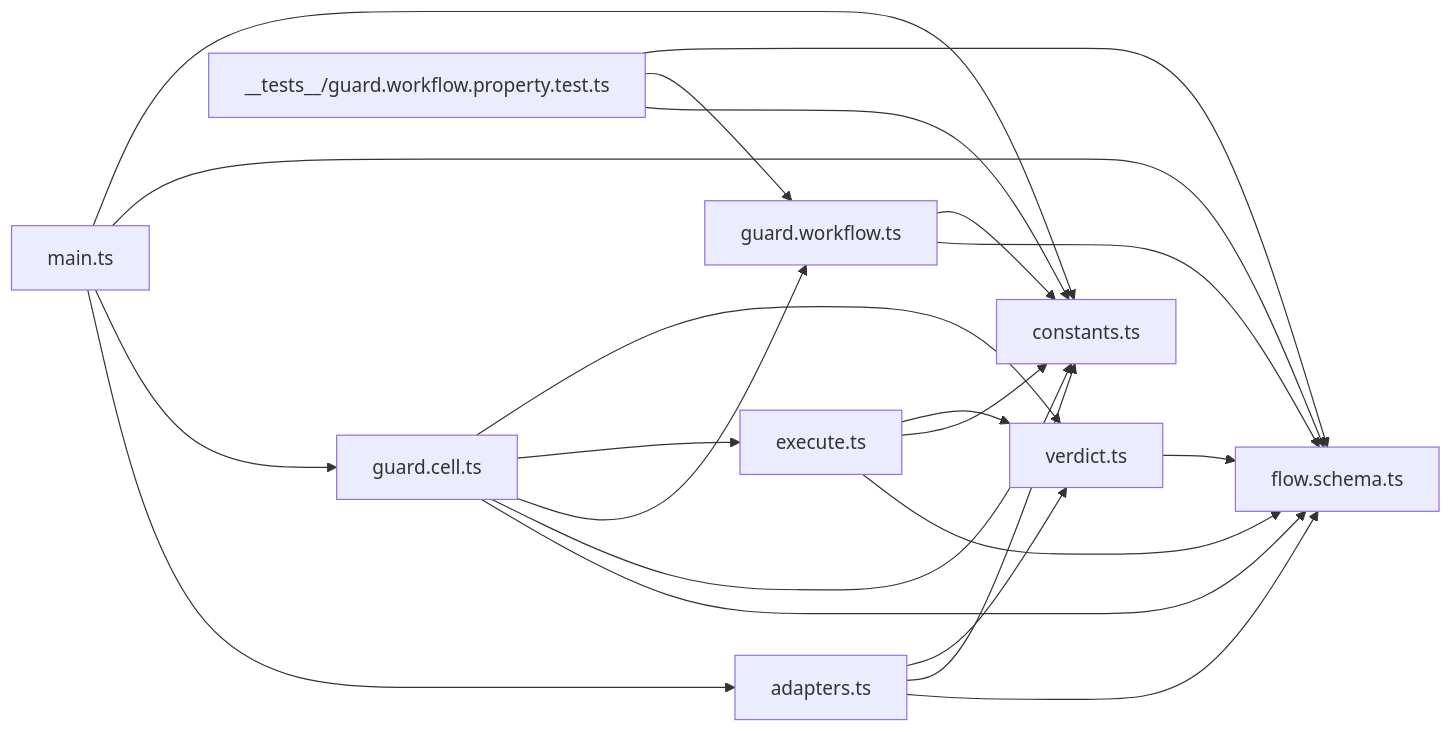
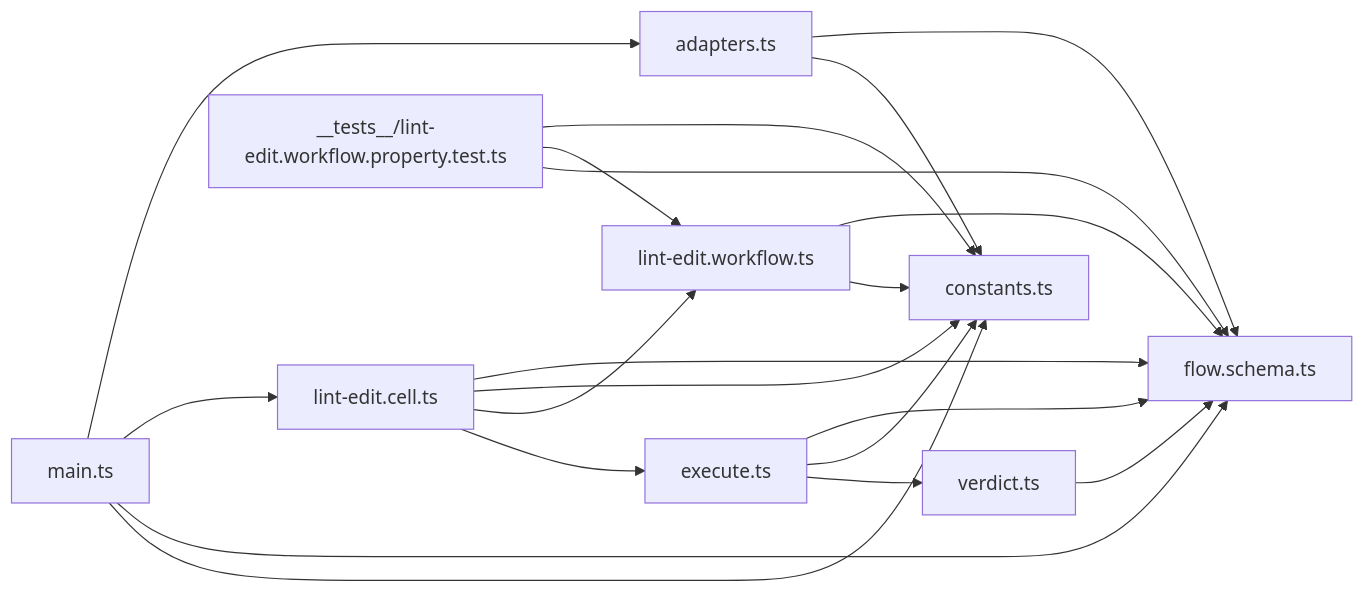
Before and after one commit to systemfsoftware/systemfsoftware: the diagram in docs/audits/oxlint-guard-hook/README.md, drawn with Mermaid. The commit also changed other lines of this file and 14 other files, not shown here.

````diff
--- a/docs/audits/oxlint-guard-hook/README.md
+++ b/docs/audits/oxlint-guard-hook/README.md
@@ -29,24 +29,22 @@
 ```mermaid
 flowchart LR
     MAIN[main.ts] --> ADP[adapters.ts]
-    MAIN --> CELL[guard.cell.ts]
+    MAIN --> CELL[lint-edit.cell.ts]
     MAIN --> SCH[flow.schema.ts]
     MAIN --> CONST[constants.ts]
     ADP --> SCH
     ADP --> CONST
-    ADP --> VER[verdict.ts]
     CELL --> SCH
     CELL --> CONST
-    CELL --> WF[guard.workflow.ts]
+    CELL --> WF[lint-edit.workflow.ts]
     CELL --> EXE[execute.ts]
-    CELL --> VER
+    EXE --> SCH
+    EXE --> CONST
+    EXE --> VER[verdict.ts]
+    VER --> SCH
     WF --> SCH
     WF --> CONST
-    EXE --> SCH
-    EXE --> CONST
-    EXE --> VER
-    VER --> SCH
-    TST[__tests__/guard.workflow.property.test.ts] --> CONST
+    TST[__tests__/lint-edit.workflow.property.test.ts] --> CONST
     TST --> WF
     TST --> SCH
 ```
````
